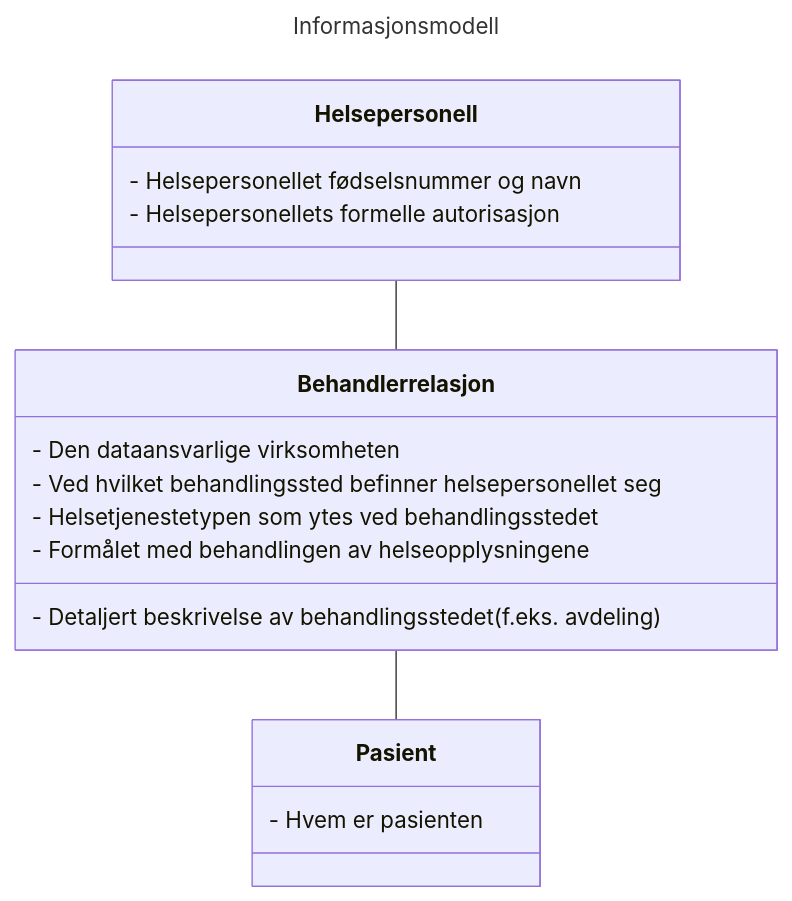
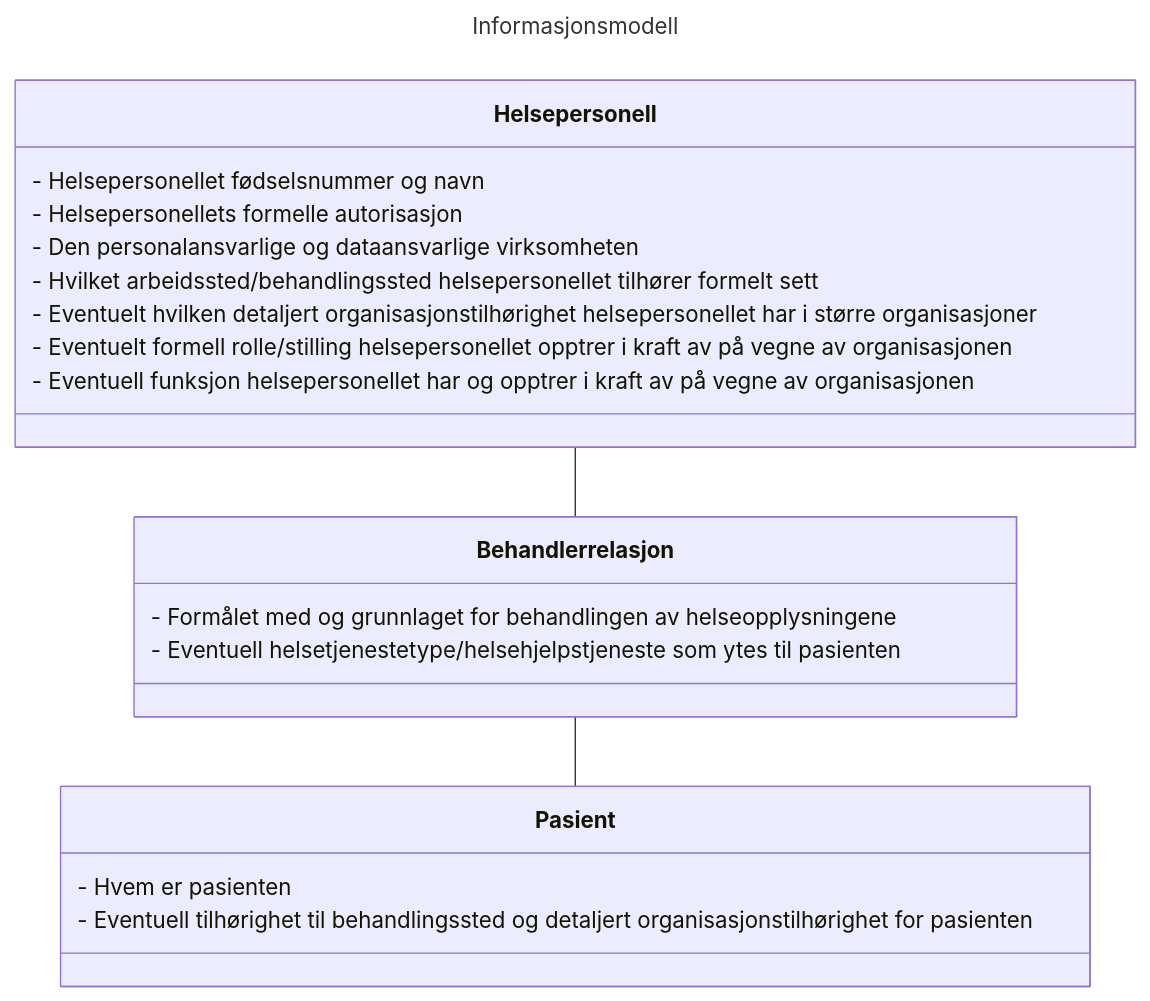
The first of 2 diagrams in specs/informasjons_og_datamodell.md (NorskHelsenett/Tillitsrammeverk), drawn with Mermaid before and after one commit. The commit also changed other lines of this file, not shown here.

First line of the commit message:
Endringsforslag beskrivelse informasjonsmodell (#74)

````diff
--- a/specs/informasjons_og_datamodell.md
+++ b/specs/informasjons_og_datamodell.md
@@ -105,24 +123,27 @@
 ```mermaid
 ---
 title: Informasjonsmodell
 ---
 classDiagram
 	Helsepersonell -- Behandlerrelasjon
 	Behandlerrelasjon -- Pasient
 
     class Helsepersonell{
 		- Helsepersonellet fødselsnummer og navn
 		- Helsepersonellets formelle autorisasjon
+		- Den personalansvarlige og dataansvarlige virksomheten
+		- Hvilket arbeidssted/behandlingssted helsepersonellet tilhører formelt sett
+		- Eventuelt hvilken detaljert organisasjonstilhørighet helsepersonellet har i større organisasjoner
+		- Eventuelt formell rolle/stilling helsepersonellet opptrer i kraft av på vegne av organisasjonen
+		- Eventuell funksjon helsepersonellet har og opptrer i kraft av på vegne av organisasjonen
     }
     class Behandlerrelasjon{
-		- Den dataansvarlige virksomheten
-		- Ved hvilket behandlingssted befinner helsepersonellet seg
-		- Helsetjenestetypen som ytes ved behandlingsstedet
-		- Formålet med behandlingen av helseopplysningene
-		- Detaljert beskrivelse av behandlingsstedet (f.eks. avdeling)
+		- Formålet med og grunnlaget for behandlingen av helseopplysningene
+		- Eventuell helsetjenestetype/helsehjelpstjeneste som ytes til pasienten
     }
     class Pasient{
 		- Hvem er pasienten
+		- Eventuell tilhørighet til behandlingssted og detaljert organisasjonstilhørighet for pasienten
     }
 
 ```
````
